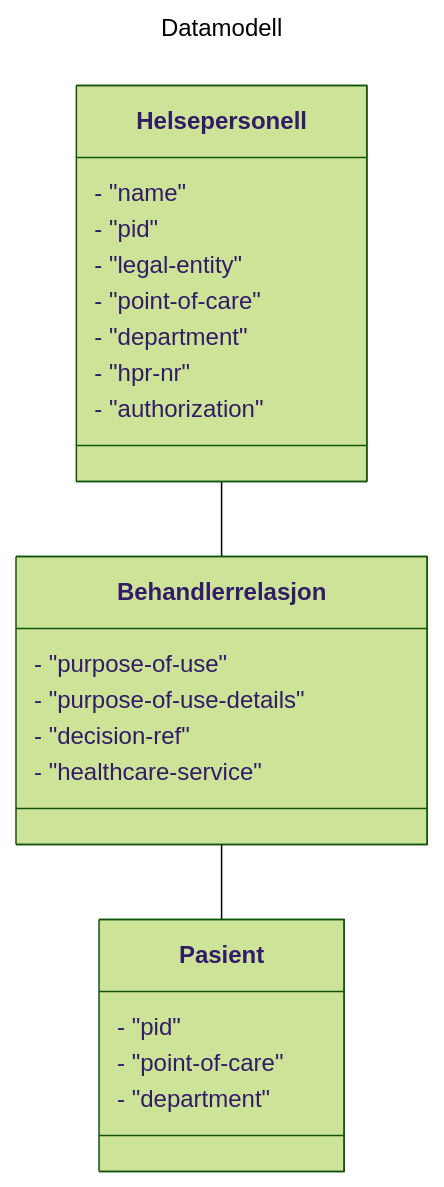
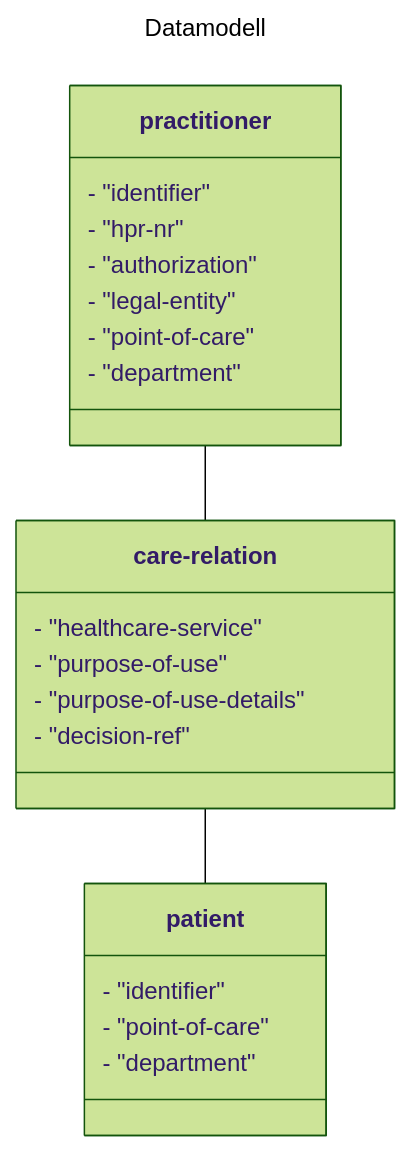
One commit to NorskHelsenett/Tillitsrammeverk changed the second of 3 diagrams in specs/informasjons_og_datamodell.md. Above: the diagram before and after it, drawn with Mermaid (forest theme). The commit also changed other lines of this file, not shown here.

Commit message:
Oppdatert modelldiagram

````diff
--- a/specs/informasjons_og_datamodell.md
+++ b/specs/informasjons_og_datamodell.md
@@ -183,33 +184,32 @@
 ```mermaid
 ---
 title: Datamodell
 ---
 classDiagram
 
-	Helsepersonell -- Behandlerrelasjon
-	Behandlerrelasjon -- Pasient
+	Practitioner -- CareRelation
+	CareRelation -- Patient
 
-	class Helsepersonell{
-		- "name"
-		- "pid"
+	class Practitioner["practitioner"] {
+		- "identifier"
+		- "hpr-nr"
+		- "authorization"
 		- "legal-entity"
 		- "point-of-care"
 		- "department"
-		- "hpr-nr"
-		- "authorization"
 	}
 		
-	class Behandlerrelasjon{
+	class CareRelation["care-relation"] {
+		- "healthcare-service"
 		- "purpose-of-use"
 		- "purpose-of-use-details"
 		- "decision-ref"
-		- "healthcare-service"
 	}
 	
-	class Pasient{
-		- "pid"
+	class Patient["patient"]{
+		- "identifier"
 		- "point-of-care"
 		- "department"
 	}	
 		
 ```
````
